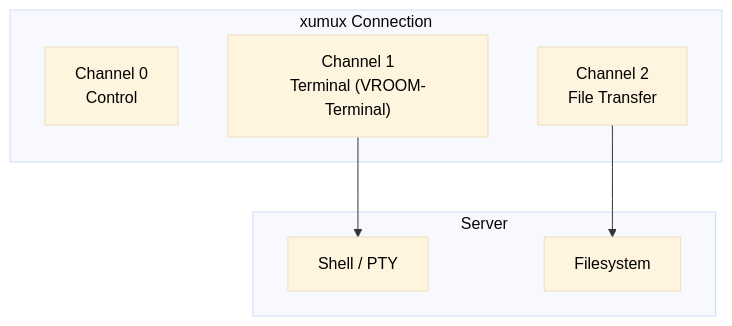
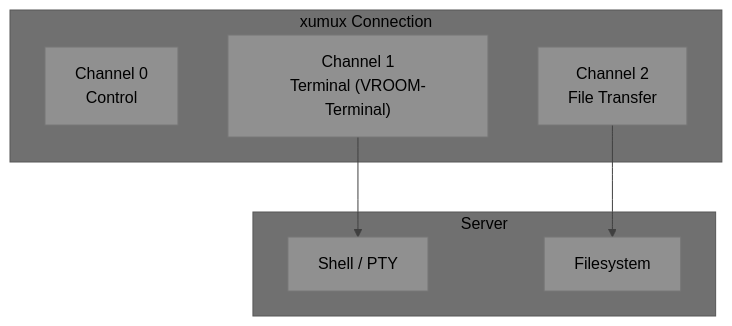
Before and after one commit to deftai/xumux: the first of 4 diagrams in docs/ext-file-transfer.md, drawn with Mermaid. The commit also changed other lines of this file and 5 other files, not shown here.

Commit message:
docs: apply grayscale theme to all docs/ mermaid diagrams

````diff
--- a/docs/ext-file-transfer.md
+++ b/docs/ext-file-transfer.md
@@ -22,17 +22,17 @@
 ```mermaid
-%%{init: {'theme': 'base', 'themeVariables': {'primaryTextColor': '#000', 'lineColor': '#333'}}}%%
+%%{init: {'theme': 'base', 'themeVariables': {'primaryTextColor': '#000000', 'secondaryTextColor': '#000000', 'tertiaryTextColor': '#000000', 'noteTextColor': '#000000', 'primaryColor': '#909090', 'secondaryColor': '#808080', 'tertiaryColor': '#707070', 'lineColor': '#404040'}}}%%
 graph TB
     subgraph "xumux Connection"
         CH0["Channel 0<br/>Control"]
         CH1["Channel 1<br/>Terminal (VROOM-Terminal)"]
         CH2["Channel 2<br/>File Transfer"]
     end
 
     subgraph "Server"
         SHELL["Shell / PTY"]
         FS["Filesystem"]
     end
 
     CH1 --> SHELL
     CH2 --> FS
 ```
````
